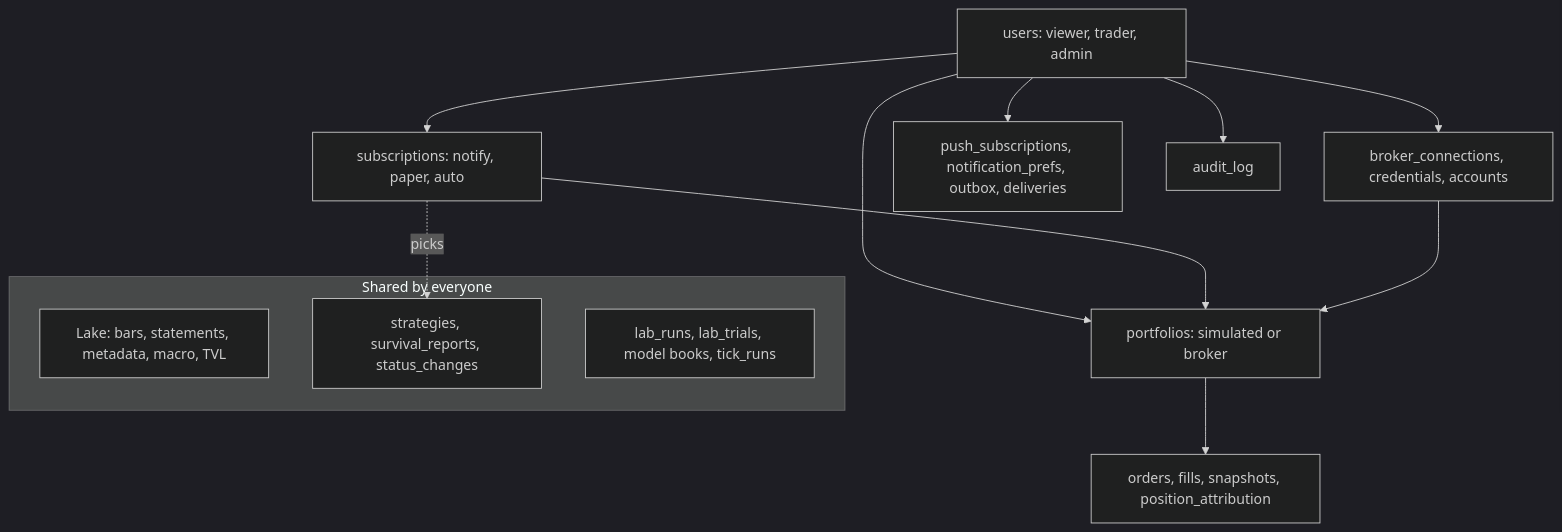
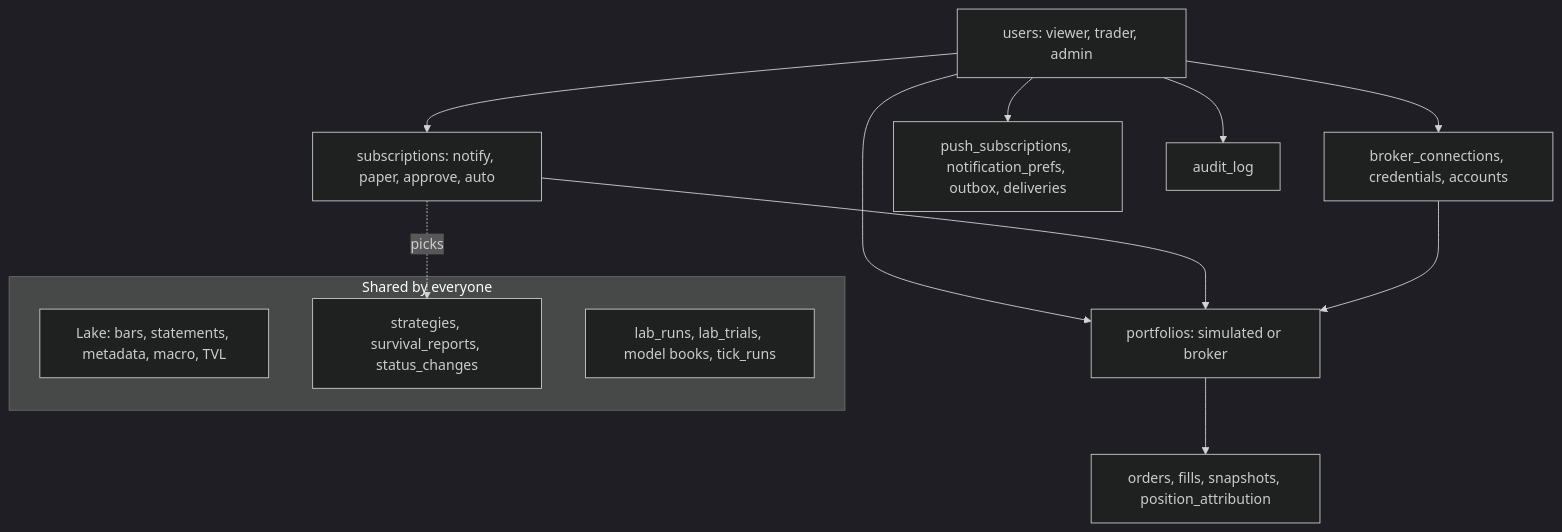
The fourth of 4 diagrams in docs/architecture.md (sleousis/Stonks), drawn with Mermaid (dark theme) before and after one commit. The commit also changed other lines of this file and 27 other files, not shown here.

````diff
--- a/docs/architecture.md
+++ b/docs/architecture.md
@@ -172,17 +205,17 @@
 ```mermaid
 flowchart TD
   subgraph GLOBAL[Shared by everyone]
     LK[Lake: bars, statements, metadata, macro, TVL]
     ST[strategies, survival_reports, status_changes]
     LR[lab_runs, lab_trials, model books, tick_runs]
   end
   U[users: viewer, trader, admin] --> P[portfolios: simulated or broker]
-  U --> SUB[subscriptions: notify, paper, auto]
+  U --> SUB[subscriptions: notify, paper, approve, auto]
   SUB --> P
   SUB -.->|picks| ST
   P --> LED[orders, fills, snapshots, position_attribution]
   U --> CON[broker_connections, credentials, accounts]
   CON --> P
   U --> NOT[push_subscriptions, notification_prefs, outbox, deliveries]
   U --> AUD[audit_log]
 ```
````
